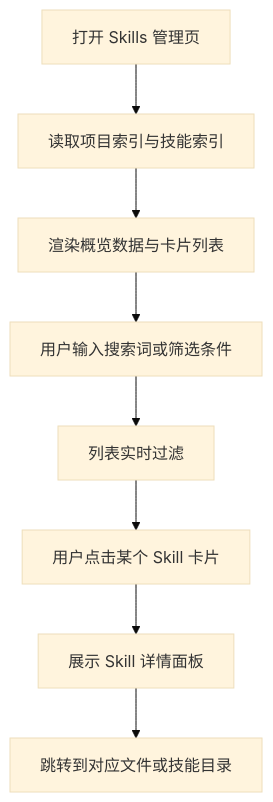
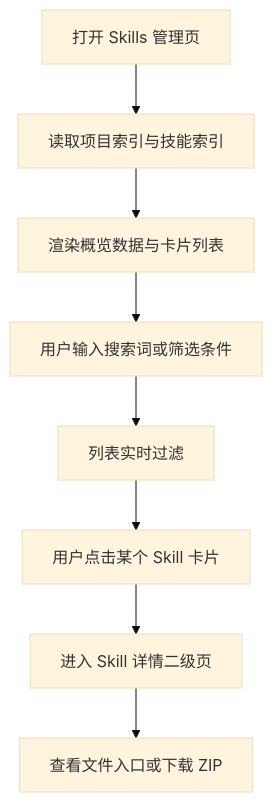
Before and after one commit to hanchn/SkillForge: the diagram in .trae/documents/skills-visual-dashboard-prd.md, drawn with Mermaid (base theme). The commit also changed other lines of this file and 11 other files, not shown here.

````diff
--- a/.trae/documents/skills-visual-dashboard-prd.md
+++ b/.trae/documents/skills-visual-dashboard-prd.md
@@ -24,10 +25,10 @@
 ```mermaid
 flowchart TD
     A["打开 Skills 管理页"] --> B["读取项目索引与技能索引"]
     B --> C["渲染概览数据与卡片列表"]
     C --> D["用户输入搜索词或筛选条件"]
     D --> E["列表实时过滤"]
     E --> F["用户点击某个 Skill 卡片"]
-    F --> G["展示 Skill 详情面板"]
-    G --> H["跳转到对应文件或技能目录"]
+    F --> G["进入 Skill 详情二级页"]
+    G --> H["查看文件入口或下载 ZIP"]
 ```
````
